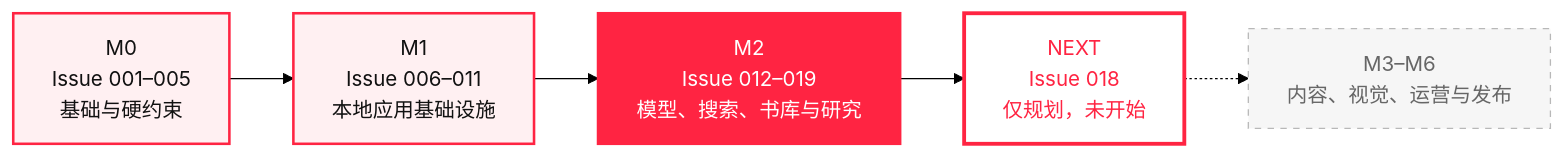
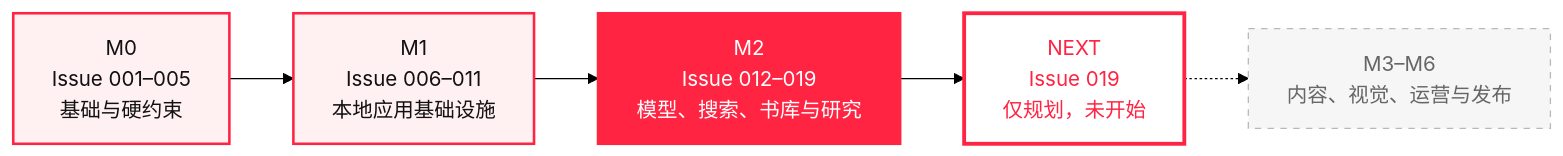
The first of 2 diagrams in README.md (KAtOReNA7/Rednote-Automated-Operation-Tool), drawn with Mermaid (forest theme) before and after one commit. The commit also changed other lines of this file and 74 other files, not shown here.

````diff
--- a/README.md
+++ b/README.md
@@ -53,17 +53,17 @@
 ```mermaid
 flowchart LR
     M0["M0<br/>Issue 001–005<br/>基础与硬约束"] --> M1["M1<br/>Issue 006–011<br/>本地应用基础设施"]
     M1 --> M2["M2<br/>Issue 012–019<br/>模型、搜索、书库与研究"]
-    M2 --> NEXT["NEXT<br/>Issue 018<br/>仅规划，未开始"]
+    M2 --> NEXT["NEXT<br/>Issue 019<br/>仅规划，未开始"]
     NEXT -.-> FUTURE["M3–M6<br/>内容、视觉、运营与发布"]
 
     classDef done fill:#fff0f2,stroke:#ff2442,color:#111,stroke-width:2px;
     classDef active fill:#ff2442,stroke:#ff2442,color:#fff,stroke-width:2px;
     classDef next fill:#fff,stroke:#ff2442,color:#ff2442,stroke-width:3px;
     classDef future fill:#f6f6f6,stroke:#b8b8b8,color:#666,stroke-dasharray:5 5;
 
     class M0,M1 done;
     class M2 active;
     class NEXT next;
     class FUTURE future;
 ```
````
